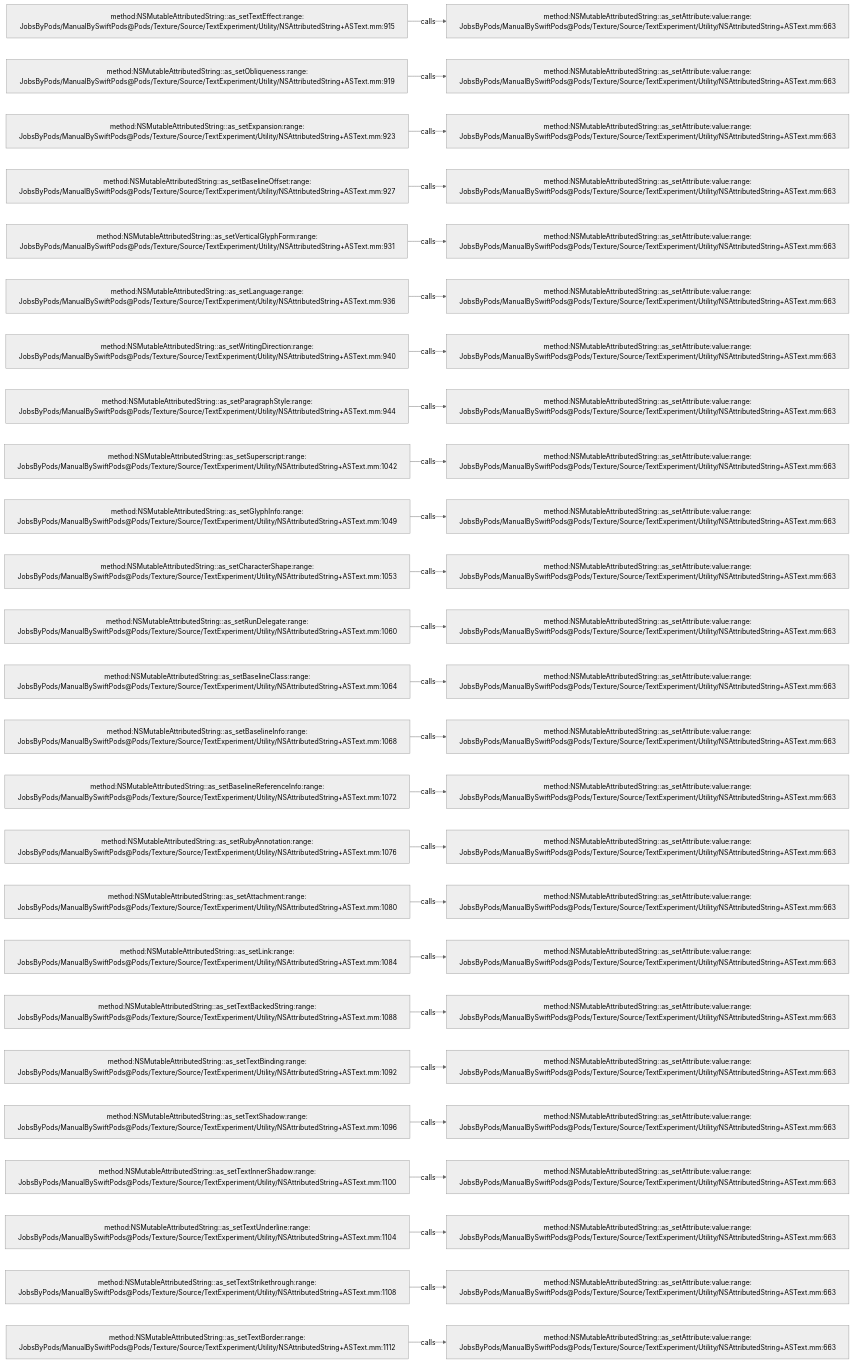
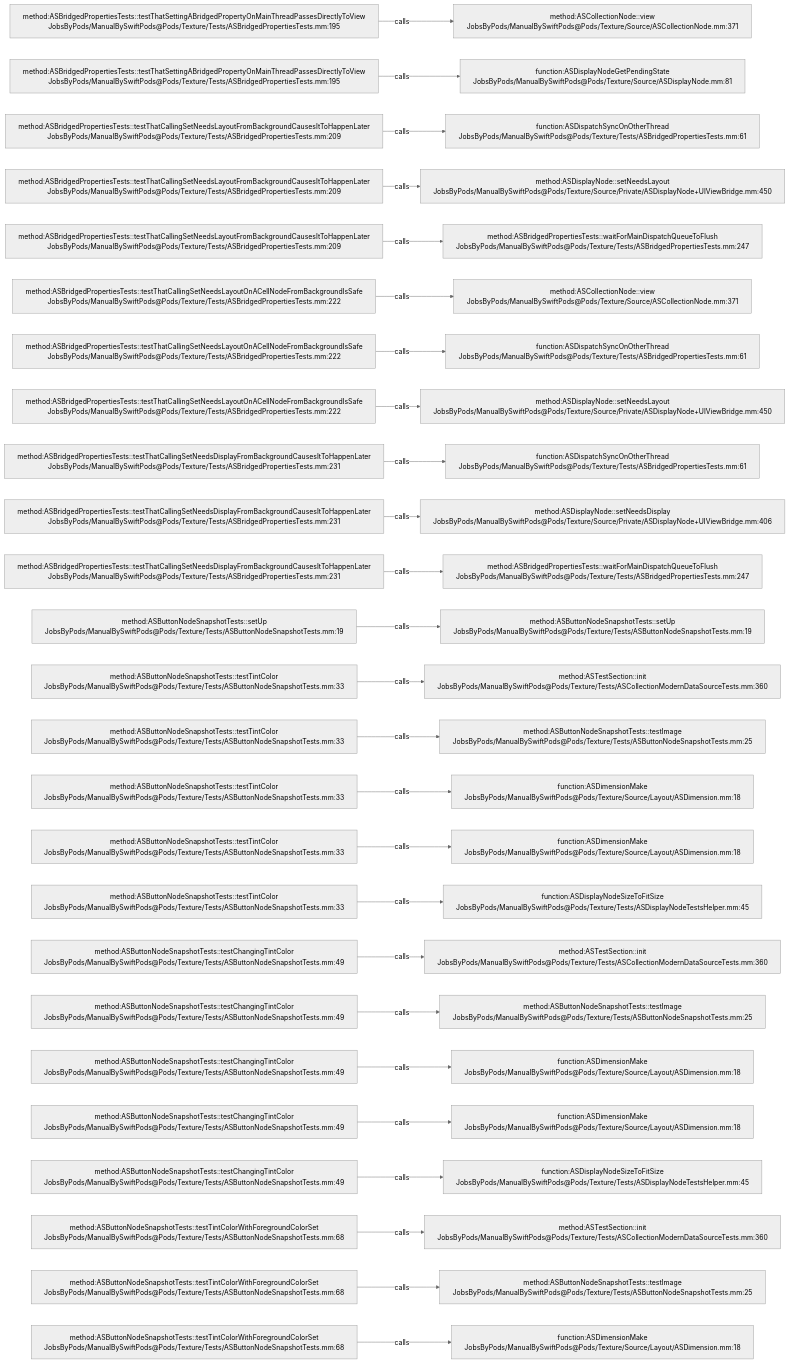
One commit to JobsKits/JobsSwiftBaseConfigDemo changed the diagram in .codegraph/codegraph.md/graphs/calls-165.md. Above: the diagram before and after it, drawn with Mermaid (neutral theme). The commit also changed 832 other files, not shown here.

````diff
--- a/.codegraph/codegraph.md/graphs/calls-165.md
+++ b/.codegraph/codegraph.md/graphs/calls-165.md
@@ -13,78 +13,78 @@
 ```mermaid
 flowchart LR
-  S1["method:NSMutableAttributedString::as_setTextEffect:range:<br/>JobsByPods/ManualBySwiftPods@Pods/Texture/Source/TextExperiment/Utility/NSAttributedString+ASText.mm:915"]
-  T1["method:NSMutableAttributedString::as_setAttribute:value:range:<br/>JobsByPods/ManualBySwiftPods@Pods/Texture/Source/TextExperiment/Utility/NSAttributedString+ASText.mm:663"]
+  S1["method:ASBridgedPropertiesTests::testThatSettingABridgedPropertyOnMainThreadPassesDirectlyToView<br/>JobsByPods/ManualBySwiftPods@Pods/Texture/Tests/ASBridgedPropertiesTests.mm:195"]
+  T1["method:ASCollectionNode::view<br/>JobsByPods/ManualBySwiftPods@Pods/Texture/Source/ASCollectionNode.mm:371"]
   S1 -->|calls| T1
-  S2["method:NSMutableAttributedString::as_setObliqueness:range:<br/>JobsByPods/ManualBySwiftPods@Pods/Texture/Source/TextExperiment/Utility/NSAttributedString+ASText.mm:919"]
-  T2["method:NSMutableAttributedString::as_setAttribute:value:range:<br/>JobsByPods/ManualBySwiftPods@Pods/Texture/Source/TextExperiment/Utility/NSAttributedString+ASText.mm:663"]
+  S2["method:ASBridgedPropertiesTests::testThatSettingABridgedPropertyOnMainThreadPassesDirectlyToView<br/>JobsByPods/ManualBySwiftPods@Pods/Texture/Tests/ASBridgedPropertiesTests.mm:195"]
+  T2["function:ASDisplayNodeGetPendingState<br/>JobsByPods/ManualBySwiftPods@Pods/Texture/Source/ASDisplayNode.mm:81"]
   S2 -->|calls| T2
-  S3["method:NSMutableAttributedString::as_setExpansion:range:<br/>JobsByPods/ManualBySwiftPods@Pods/Texture/Source/TextExperiment/Utility/NSAttributedString+ASText.mm:923"]
-  T3["method:NSMutableAttributedString::as_setAttribute:value:range:<br/>JobsByPods/ManualBySwiftPods@Pods/Texture/Source/TextExperiment/Utility/NSAttributedString+ASText.mm:663"]
+  S3["method:ASBridgedPropertiesTests::testThatCallingSetNeedsLayoutFromBackgroundCausesItToHappenLater<br/>JobsByPods/ManualBySwiftPods@Pods/Texture/Tests/ASBridgedPropertiesTests.mm:209"]
+  T3["function:ASDispatchSyncOnOtherThread<br/>JobsByPods/ManualBySwiftPods@Pods/Texture/Tests/ASBridgedPropertiesTests.mm:61"]
   S3 -->|calls| T3
-  S4["method:NSMutableAttributedString::as_setBaselineOffset:range:<br/>JobsByPods/ManualBySwiftPods@Pods/Texture/Source/TextExperiment/Utility/NSAttributedString+ASText.mm:927"]
-  T4["method:NSMutableAttributedString::as_setAttribute:value:range:<br/>JobsByPods/ManualBySwiftPods@Pods/Texture/Source/TextExperiment/Utility/NSAttributedString+ASText.mm:663"]
+  S4["method:ASBridgedPropertiesTests::testThatCallingSetNeedsLayoutFromBackgroundCausesItToHappenLater<br/>JobsByPods/ManualBySwiftPods@Pods/Texture/Tests/ASBridgedPropertiesTests.mm:209"]
+  T4["method:ASDisplayNode::setNeedsLayout<br/>JobsByPods/ManualBySwiftPods@Pods/Texture/Source/Private/ASDisplayNode+UIViewBridge.mm:450"]
   S4 -->|calls| T4
-  S5["method:NSMutableAttributedString::as_setVerticalGlyphForm:range:<br/>JobsByPods/ManualBySwiftPods@Pods/Texture/Source/TextExperiment/Utility/NSAttributedString+ASText.mm:931"]
-  T5["method:NSMutableAttributedString::as_setAttribute:value:range:<br/>JobsByPods/ManualBySwiftPods@Pods/Texture/Source/TextExperiment/Utility/NSAttributedString+ASText.mm:663"]
+  S5["method:ASBridgedPropertiesTests::testThatCallingSetNeedsLayoutFromBackgroundCausesItToHappenLater<br/>JobsByPods/ManualBySwiftPods@Pods/Texture/Tests/ASBridgedPropertiesTests.mm:209"]
+  T5["method:ASBridgedPropertiesTests::waitForMainDispatchQueueToFlush<br/>JobsByPods/ManualBySwiftPods@Pods/Texture/Tests/ASBridgedPropertiesTests.mm:247"]
   S5 -->|calls| T5
-  S6["method:NSMutableAttributedString::as_setLanguage:range:<br/>JobsByPods/ManualBySwiftPods@Pods/Texture/Source/TextExperiment/Utility/NSAttributedString+ASText.mm:936"]
-  T6["method:NSMutableAttributedString::as_setAttribute:value:range:<br/>JobsByPods/ManualBySwiftPods@Pods/Texture/Source/TextExperiment/Utility/NSAttributedString+ASText.mm:663"]
+  S6["method:ASBridgedPropertiesTests::testThatCallingSetNeedsLayoutOnACellNodeFromBackgroundIsSafe<br/>JobsByPods/ManualBySwiftPods@Pods/Texture/Tests/ASBridgedPropertiesTests.mm:222"]
+  T6["method:ASCollectionNode::view<br/>JobsByPods/ManualBySwiftPods@Pods/Texture/Source/ASCollectionNode.mm:371"]
   S6 -->|calls| T6
-  S7["method:NSMutableAttributedString::as_setWritingDirection:range:<br/>JobsByPods/ManualBySwiftPods@Pods/Texture/Source/TextExperiment/Utility/NSAttributedString+ASText.mm:940"]
-  T7["method:NSMutableAttributedString::as_setAttribute:value:range:<br/>JobsByPods/ManualBySwiftPods@Pods/Texture/Source/TextExperiment/Utility/NSAttributedString+ASText.mm:663"]
+  S7["method:ASBridgedPropertiesTests::testThatCallingSetNeedsLayoutOnACellNodeFromBackgroundIsSafe<br/>JobsByPods/ManualBySwiftPods@Pods/Texture/Tests/ASBridgedPropertiesTests.mm:222"]
+  T7["function:ASDispatchSyncOnOtherThread<br/>JobsByPods/ManualBySwiftPods@Pods/Texture/Tests/ASBridgedPropertiesTests.mm:61"]
   S7 -->|calls| T7
-  S8["method:NSMutableAttributedString::as_setParagraphStyle:range:<br/>JobsByPods/ManualBySwiftPods@Pods/Texture/Source/TextExperiment/Utility/NSAttributedString+ASText.mm:944"]
-  T8["method:NSMutableAttributedString::as_setAttribute:value:range:<br/>JobsByPods/ManualBySwiftPods@Pods/Texture/Source/TextExperiment/Utility/NSAttributedString+ASText.mm:663"]
+  S8["method:ASBridgedPropertiesTests::testThatCallingSetNeedsLayoutOnACellNodeFromBackgroundIsSafe<br/>JobsByPods/ManualBySwiftPods@Pods/Texture/Tests/ASBridgedPropertiesTests.mm:222"]
+  T8["method:ASDisplayNode::setNeedsLayout<br/>JobsByPods/ManualBySwiftPods@Pods/Texture/Source/Private/ASDisplayNode+UIViewBridge.mm:450"]
   S8 -->|calls| T8
-  S9["method:NSMutableAttributedString::as_setSuperscript:range:<br/>JobsByPods/ManualBySwiftPods@Pods/Texture/Source/TextExperiment/Utility/NSAttributedString+ASText.mm:1042"]
-  T9["method:NSMutableAttributedString::as_setAttribute:value:range:<br/>JobsByPods/ManualBySwiftPods@Pods/Texture/Source/TextExperiment/Utility/NSAttributedString+ASText.mm:663"]
+  S9["method:ASBridgedPropertiesTests::testThatCallingSetNeedsDisplayFromBackgroundCausesItToHappenLater<br/>JobsByPods/ManualBySwiftPods@Pods/Texture/Tests/ASBridgedPropertiesTests.mm:231"]
+  T9["function:ASDispatchSyncOnOtherThread<br/>JobsByPods/ManualBySwiftPods@Pods/Texture/Tests/ASBridgedPropertiesTests.mm:61"]
   S9 -->|calls| T9
-  S10["method:NSMutableAttributedString::as_setGlyphInfo:range:<br/>JobsByPods/ManualBySwiftPods@Pods/Texture/Source/TextExperiment/Utility/NSAttributedString+ASText.mm:1049"]
-  T10["method:NSMutableAttributedString::as_setAttribute:value:range:<br/>JobsByPods/ManualBySwiftPods@Pods/Texture/Source/TextExperiment/Utility/NSAttributedString+ASText.mm:663"]
+  S10["method:ASBridgedPropertiesTests::testThatCallingSetNeedsDisplayFromBackgroundCausesItToHappenLater<br/>JobsByPods/ManualBySwiftPods@Pods/Texture/Tests/ASBridgedPropertiesTests.mm:231"]
+  T10["method:ASDisplayNode::setNeedsDisplay<br/>JobsByPods/ManualBySwiftPods@Pods/Texture/Source/Private/ASDisplayNode+UIViewBridge.mm:406"]
   S10 -->|calls| T10
-  S11["method:NSMutableAttributedString::as_setCharacterShape:range:<br/>JobsByPods/ManualBySwiftPods@Pods/Texture/Source/TextExperiment/Utility/NSAttributedString+ASText.mm:1053"]
-  T11["method:NSMutableAttributedString::as_setAttribute:value:range:<br/>JobsByPods/ManualBySwiftPods@Pods/Texture/Source/TextExperiment/Utility/NSAttributedString+ASText.mm:663"]
+  S11["method:ASBridgedPropertiesTests::testThatCallingSetNeedsDisplayFromBackgroundCausesItToHappenLater<br/>JobsByPods/ManualBySwiftPods@Pods/Texture/Tests/ASBridgedPropertiesTests.mm:231"]
+  T11["method:ASBridgedPropertiesTests::waitForMainDispatchQueueToFlush<br/>JobsByPods/ManualBySwiftPods@Pods/Texture/Tests/ASBridgedPropertiesTests.mm:247"]
   S11 -->|calls| T11
-  S12["method:NSMutableAttributedString::as_setRunDelegate:range:<br/>JobsByPods/ManualBySwiftPods@Pods/Texture/Source/TextExperiment/Utility/NSAttributedString+ASText.mm:1060"]
-  T12["method:NSMutableAttributedString::as_setAttribute:value:range:<br/>JobsByPods/ManualBySwiftPods@Pods/Texture/Source/TextExperiment/Utility/NSAttributedString+ASText.mm:663"]
+  S12["method:ASButtonNodeSnapshotTests::setUp<br/>JobsByPods/ManualBySwiftPods@Pods/Texture/Tests/ASButtonNodeSnapshotTests.mm:19"]
+  T12["method:ASButtonNodeSnapshotTests::setUp<br/>JobsByPods/ManualBySwiftPods@Pods/Texture/Tests/ASButtonNodeSnapshotTests.mm:19"]
   S12 -->|calls| T12
-  S13["method:NSMutableAttributedString::as_setBaselineClass:range:<br/>JobsByPods/ManualBySwiftPods@Pods/Texture/Source/TextExperiment/Utility/NSAttributedString+ASText.mm:1064"]
-  T13["method:NSMutableAttributedString::as_setAttribute:value:range:<br/>JobsByPods/ManualBySwiftPods@Pods/Texture/Source/TextExperiment/Utility/NSAttributedString+ASText.mm:663"]
+  S13["method:ASButtonNodeSnapshotTests::testTintColor<br/>JobsByPods/ManualBySwiftPods@Pods/Texture/Tests/ASButtonNodeSnapshotTests.mm:33"]
+  T13["method:ASTestSection::init<br/>JobsByPods/ManualBySwiftPods@Pods/Texture/Tests/ASCollectionModernDataSourceTests.mm:360"]
   S13 -->|calls| T13
-  S14["method:NSMutableAttributedString::as_setBaselineInfo:range:<br/>JobsByPods/ManualBySwiftPods@Pods/Texture/Source/TextExperiment/Utility/NSAttributedString+ASText.mm:1068"]
-  T14["method:NSMutableAttributedString::as_setAttribute:value:range:<br/>JobsByPods/ManualBySwiftPods@Pods/Texture/Source/TextExperiment/Utility/NSAttributedString+ASText.mm:663"]
+  S14["method:ASButtonNodeSnapshotTests::testTintColor<br/>JobsByPods/ManualBySwiftPods@Pods/Texture/Tests/ASButtonNodeSnapshotTests.mm:33"]
+  T14["method:ASButtonNodeSnapshotTests::testImage<br/>JobsByPods/ManualBySwiftPods@Pods/Texture/Tests/ASButtonNodeSnapshotTests.mm:25"]
   S14 -->|calls| T14
-  S15["method:NSMutableAttributedString::as_setBaselineReferenceInfo:range:<br/>JobsByPods/ManualBySwiftPods@Pods/Texture/Source/TextExperiment/Utility/NSAttributedString+ASText.mm:1072"]
-  T15["method:NSMutableAttributedString::as_setAttribute:value:range:<br/>JobsByPods/ManualBySwiftPods@Pods/Texture/Source/TextExperiment/Utility/NSAttributedString+ASText.mm:663"]
+  S15["method:ASButtonNodeSnapshotTests::testTintColor<br/>JobsByPods/ManualBySwiftPods@Pods/Texture/Tests/ASButtonNodeSnapshotTests.mm:33"]
+  T15["function:ASDimensionMake<br/>JobsByPods/ManualBySwiftPods@Pods/Texture/Source/Layout/ASDimension.mm:18"]
   S15 -->|calls| T15
-  S16["method:NSMutableAttributedString::as_setRubyAnnotation:range:<br/>JobsByPods/ManualBySwiftPods@Pods/Texture/Source/TextExperiment/Utility/NSAttributedString+ASText.mm:1076"]
-  T16["method:NSMutableAttributedString::as_setAttribute:value:range:<br/>JobsByPods/ManualBySwiftPods@Pods/Texture/Source/TextExperiment/Utility/NSAttributedString+ASText.mm:663"]
+  S16["method:ASButtonNodeSnapshotTests::testTintColor<br/>JobsByPods/ManualBySwiftPods@Pods/Texture/Tests/ASButtonNodeSnapshotTests.mm:33"]
+  T16["function:ASDimensionMake<br/>JobsByPods/ManualBySwiftPods@Pods/Texture/Source/Layout/ASDimension.mm:18"]
   S16 -->|calls| T16
-  S17["method:NSMutableAttributedString::as_setAttachment:range:<br/>JobsByPods/ManualBySwiftPods@Pods/Texture/Source/TextExperiment/Utility/NSAttributedString+ASText.mm:1080"]
-  T17["method:NSMutableAttributedString::as_setAttribute:value:range:<br/>JobsByPods/ManualBySwiftPods@Pods/Texture/Source/TextExperiment/Utility/NSAttributedString+ASText.mm:663"]
+  S17["method:ASButtonNodeSnapshotTests::testTintColor<br/>JobsByPods/ManualBySwiftPods@Pods/Texture/Tests/ASButtonNodeSnapshotTests.mm:33"]
+  T17["function:ASDisplayNodeSizeToFitSize<br/>JobsByPods/ManualBySwiftPods@Pods/Texture/Tests/ASDisplayNodeTestsHelper.mm:45"]
   S17 -->|calls| T17
-  S18["method:NSMutableAttributedString::as_setLink:range:<br/>JobsByPods/ManualBySwiftPods@Pods/Texture/Source/TextExperiment/Utility/NSAttributedString+ASText.mm:1084"]
-  T18["method:NSMutableAttributedString::as_setAttribute:value:range:<br/>JobsByPods/ManualBySwiftPods@Pods/Texture/Source/TextExperiment/Utility/NSAttributedString+ASText.mm:663"]
+  S18["method:ASButtonNodeSnapshotTests::testChangingTintColor<br/>JobsByPods/ManualBySwiftPods@Pods/Texture/Tests/ASButtonNodeSnapshotTests.mm:49"]
+  T18["method:ASTestSection::init<br/>JobsByPods/ManualBySwiftPods@Pods/Texture/Tests/ASCollectionModernDataSourceTests.mm:360"]
   S18 -->|calls| T18
-  S19["method:NSMutableAttributedString::as_setTextBackedString:range:<br/>JobsByPods/ManualBySwiftPods@Pods/Texture/Source/TextExperiment/Utility/NSAttributedString+ASText.mm:1088"]
-  T19["method:NSMutableAttributedString::as_setAttribute:value:range:<br/>JobsByPods/ManualBySwiftPods@Pods/Texture/Source/TextExperiment/Utility/NSAttributedString+ASText.mm:663"]
+  S19["method:ASButtonNodeSnapshotTests::testChangingTintColor<br/>JobsByPods/ManualBySwiftPods@Pods/Texture/Tests/ASButtonNodeSnapshotTests.mm:49"]
+  T19["method:ASButtonNodeSnapshotTests::testImage<br/>JobsByPods/ManualBySwiftPods@Pods/Texture/Tests/ASButtonNodeSnapshotTests.mm:25"]
   S19 -->|calls| T19
-  S20["method:NSMutableAttributedString::as_setTextBinding:range:<br/>JobsByPods/ManualBySwiftPods@Pods/Texture/Source/TextExperiment/Utility/NSAttributedString+ASText.mm:1092"]
-  T20["method:NSMutableAttributedString::as_setAttribute:value:range:<br/>JobsByPods/ManualBySwiftPods@Pods/Texture/Source/TextExperiment/Utility/NSAttributedString+ASText.mm:663"]
+  S20["method:ASButtonNodeSnapshotTests::testChangingTintColor<br/>JobsByPods/ManualBySwiftPods@Pods/Texture/Tests/ASButtonNodeSnapshotTests.mm:49"]
+  T20["function:ASDimensionMake<br/>JobsByPods/ManualBySwiftPods@Pods/Texture/Source/Layout/ASDimension.mm:18"]
   S20 -->|calls| T20
-  S21["method:NSMutableAttributedString::as_setTextShadow:range:<br/>JobsByPods/ManualBySwiftPods@Pods/Texture/Source/TextExperiment/Utility/NSAttributedString+ASText.mm:1096"]
-  T21["method:NSMutableAttributedString::as_setAttribute:value:range:<br/>JobsByPods/ManualBySwiftPods@Pods/Texture/Source/TextExperiment/Utility/NSAttributedString+ASText.mm:663"]
+  S21["method:ASButtonNodeSnapshotTests::testChangingTintColor<br/>JobsByPods/ManualBySwiftPods@Pods/Texture/Tests/ASButtonNodeSnapshotTests.mm:49"]
+  T21["function:ASDimensionMake<br/>JobsByPods/ManualBySwiftPods@Pods/Texture/Source/Layout/ASDimension.mm:18"]
   S21 -->|calls| T21
-  S22["method:NSMutableAttributedString::as_setTextInnerShadow:range:<br/>JobsByPods/ManualBySwiftPods@Pods/Texture/Source/TextExperiment/Utility/NSAttributedString+ASText.mm:1100"]
-  T22["method:NSMutableAttributedString::as_setAttribute:value:range:<br/>JobsByPods/ManualBySwiftPods@Pods/Texture/Source/TextExperiment/Utility/NSAttributedString+ASText.mm:663"]
+  S22["method:ASButtonNodeSnapshotTests::testChangingTintColor<br/>JobsByPods/ManualBySwiftPods@Pods/Texture/Tests/ASButtonNodeSnapshotTests.mm:49"]
+  T22["function:ASDisplayNodeSizeToFitSize<br/>JobsByPods/ManualBySwiftPods@Pods/Texture/Tests/ASDisplayNodeTestsHelper.mm:45"]
   S22 -->|calls| T22
-  S23["method:NSMutableAttributedString::as_setTextUnderline:range:<br/>JobsByPods/ManualBySwiftPods@Pods/Texture/Source/TextExperiment/Utility/NSAttributedString+ASText.mm:1104"]
-  T23["method:NSMutableAttributedString::as_setAttribute:value:range:<br/>JobsByPods/ManualBySwiftPods@Pods/Texture/Source/TextExperiment/Utility/NSAttributedString+ASText.mm:663"]
+  S23["method:ASButtonNodeSnapshotTests::testTintColorWithForegroundColorSet<br/>JobsByPods/ManualBySwiftPods@Pods/Texture/Tests/ASButtonNodeSnapshotTests.mm:68"]
+  T23["method:ASTestSection::init<br/>JobsByPods/ManualBySwiftPods@Pods/Texture/Tests/ASCollectionModernDataSourceTests.mm:360"]
   S23 -->|calls| T23
-  S24["method:NSMutableAttributedString::as_setTextStrikethrough:range:<br/>JobsByPods/ManualBySwiftPods@Pods/Texture/Source/TextExperiment/Utility/NSAttributedString+ASText.mm:1108"]
-  T24["method:NSMutableAttributedString::as_setAttribute:value:range:<br/>JobsByPods/ManualBySwiftPods@Pods/Texture/Source/TextExperiment/Utility/NSAttributedString+ASText.mm:663"]
+  S24["method:ASButtonNodeSnapshotTests::testTintColorWithForegroundColorSet<br/>JobsByPods/ManualBySwiftPods@Pods/Texture/Tests/ASButtonNodeSnapshotTests.mm:68"]
+  T24["method:ASButtonNodeSnapshotTests::testImage<br/>JobsByPods/ManualBySwiftPods@Pods/Texture/Tests/ASButtonNodeSnapshotTests.mm:25"]
   S24 -->|calls| T24
-  S25["method:NSMutableAttributedString::as_setTextBorder:range:<br/>JobsByPods/ManualBySwiftPods@Pods/Texture/Source/TextExperiment/Utility/NSAttributedString+ASText.mm:1112"]
-  T25["method:NSMutableAttributedString::as_setAttribute:value:range:<br/>JobsByPods/ManualBySwiftPods@Pods/Texture/Source/TextExperiment/Utility/NSAttributedString+ASText.mm:663"]
+  S25["method:ASButtonNodeSnapshotTests::testTintColorWithForegroundColorSet<br/>JobsByPods/ManualBySwiftPods@Pods/Texture/Tests/ASButtonNodeSnapshotTests.mm:68"]
+  T25["function:ASDimensionMake<br/>JobsByPods/ManualBySwiftPods@Pods/Texture/Source/Layout/ASDimension.mm:18"]
   S25 -->|calls| T25
 ```
````
